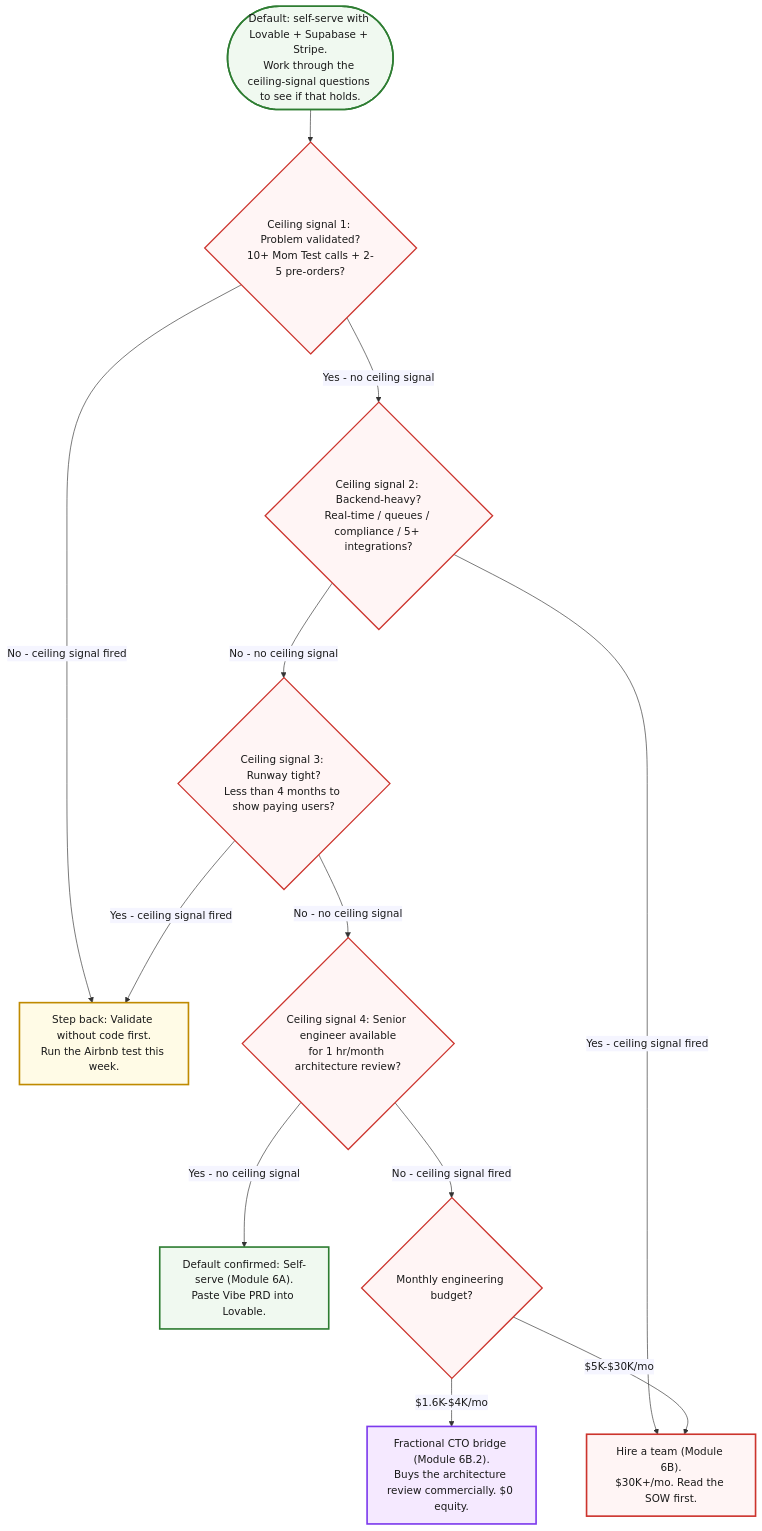
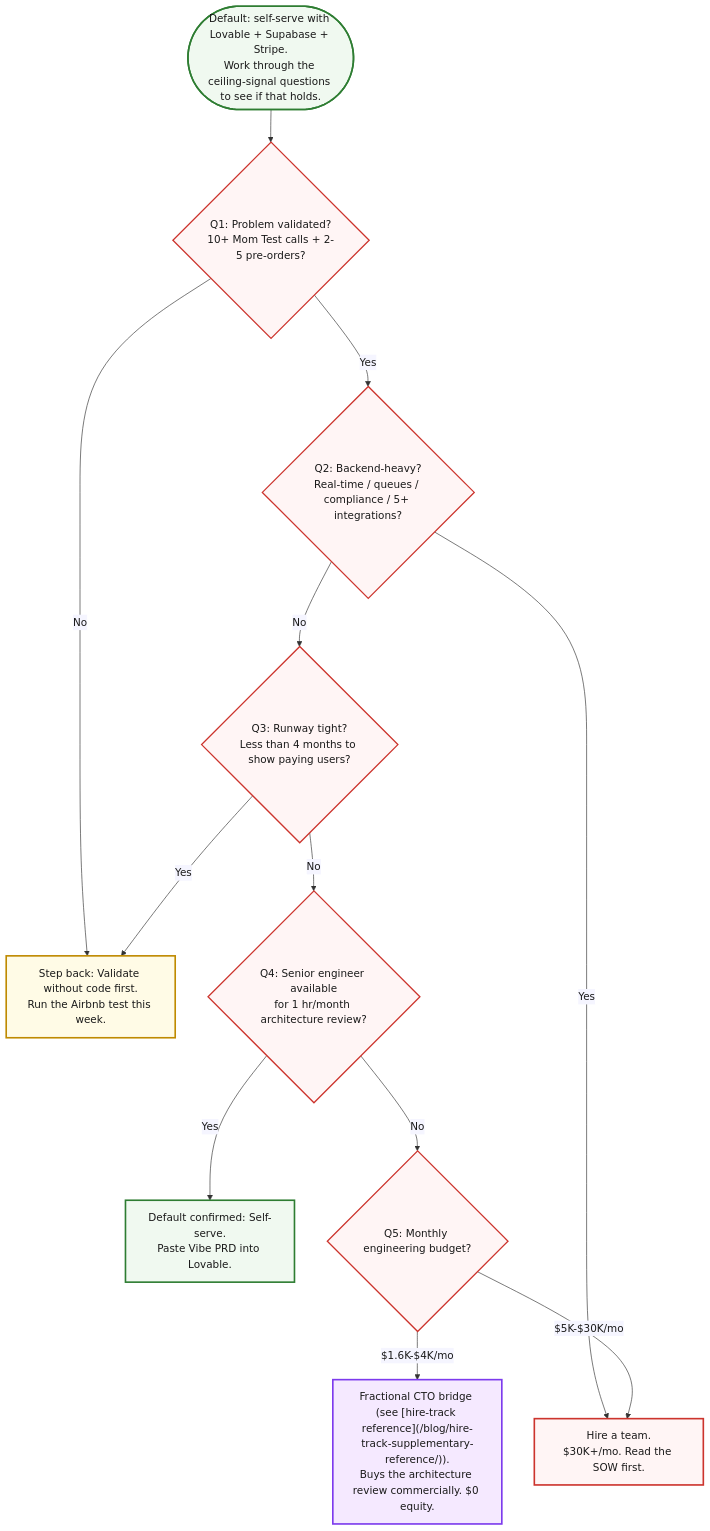
Before and after one commit to jetthoughts/jetthoughts.github.io: the diagram in content/blog/should-you-hire-2026-decision-tree/index.md, drawn with Mermaid. The commit also changed other lines of this file and 110 other files, not shown here.

````diff
--- a/content/blog/should-you-hire-2026-decision-tree/index.md
+++ b/content/blog/should-you-hire-2026-decision-tree/index.md
@@ -121,30 +94,30 @@
 ```mermaid
 %%{init: {'theme':'base', 'themeVariables': {'fontFamily':'Caveat, Patrick Hand, cursive', 'primaryColor':'#fff5f5', 'primaryBorderColor':'#cc342d', 'lineColor':'#333', 'primaryTextColor':'#1a1a1a'}}}%%
 flowchart TD
     Start(["Default: self-serve with Lovable + Supabase + Stripe.<br/>Work through the ceiling-signal questions to see if that holds."])
-    Start --> Q1{"Ceiling signal 1: Problem validated?<br/>10+ Mom Test calls + 2-5 pre-orders?"}
-    Q1 -->|No - ceiling signal fired| Validate["Step back: Validate without code first.<br/>Run the Airbnb test this week."]
-    Q1 -->|Yes - no ceiling signal| Q2{"Ceiling signal 2: Backend-heavy?<br/>Real-time / queues / compliance / 5+ integrations?"}
-    Q2 -->|No - no ceiling signal| Q3{"Ceiling signal 3: Runway tight?<br/>Less than 4 months to show paying users?"}
-    Q2 -->|Yes - ceiling signal fired| Hire["Hire a team (Module 6B).<br/>$30K+/mo. Read the SOW first."]
-    Q3 -->|No - no ceiling signal| Q4{"Ceiling signal 4: Senior engineer available<br/>for 1 hr/month architecture review?"}
-    Q3 -->|Yes - ceiling signal fired| Validate
-    Q4 -->|Yes - no ceiling signal| SelfServe["Default confirmed: Self-serve (Module 6A).<br/>Paste Vibe PRD into Lovable."]
-    Q4 -->|No - ceiling signal fired| Q5{"Monthly engineering budget?"}
-    Q5 -->|"$1.6K-$4K/mo"| Fractional["Fractional CTO bridge (Module 6B.2).<br/>Buys the architecture review commercially. $0 equity."]
+    Start --> Q1{"Q1: Problem validated?<br/>10+ Mom Test calls + 2-5 pre-orders?"}
+    Q1 -->|No| Validate["Step back: Validate without code first.<br/>Run the Airbnb test this week."]
+    Q1 -->|Yes| Q2{"Q2: Backend-heavy?<br/>Real-time / queues / compliance / 5+ integrations?"}
+    Q2 -->|No| Q3{"Q3: Runway tight?<br/>Less than 4 months to show paying users?"}
+    Q2 -->|Yes| Hire["Hire a team.<br/>$30K+/mo. Read the SOW first."]
+    Q3 -->|No| Q4{"Q4: Senior engineer available<br/>for 1 hr/month architecture review?"}
+    Q3 -->|Yes| Validate
+    Q4 -->|Yes| SelfServe["Default confirmed: Self-serve.<br/>Paste Vibe PRD into Lovable."]
+    Q4 -->|No| Q5{"Q5: Monthly engineering budget?"}
+    Q5 -->|"$1.6K-$4K/mo"| Fractional["Fractional CTO bridge (see [hire-track reference](/blog/hire-track-supplementary-reference/)).<br/>Buys the architecture review commercially. $0 equity."]
     Q5 -->|"$5K-$30K/mo"| Hire
 
     classDef start fill:#f0f9f0,stroke:#2e7d32,stroke-width:2.5px,color:#1a1a1a
     classDef question fill:#fff5f5,stroke:#cc342d,stroke-width:2px,color:#1a1a1a
     classDef validate fill:#fffbe6,stroke:#bf8a00,stroke-width:2.5px,color:#1a1a1a
     classDef serve fill:#f0f9f0,stroke:#2e7d32,stroke-width:2.5px,color:#1a1a1a
     classDef frac fill:#f5e9ff,stroke:#7c3aed,stroke-width:2.5px,color:#1a1a1a
     classDef hire fill:#fff5f5,stroke:#cc342d,stroke-width:2.5px,color:#1a1a1a
 
     class Start start
     class Q1,Q2,Q3,Q4,Q5 question
     class Validate validate
     class SelfServe serve
     class Fractional frac
     class Hire hire
 ```
````
